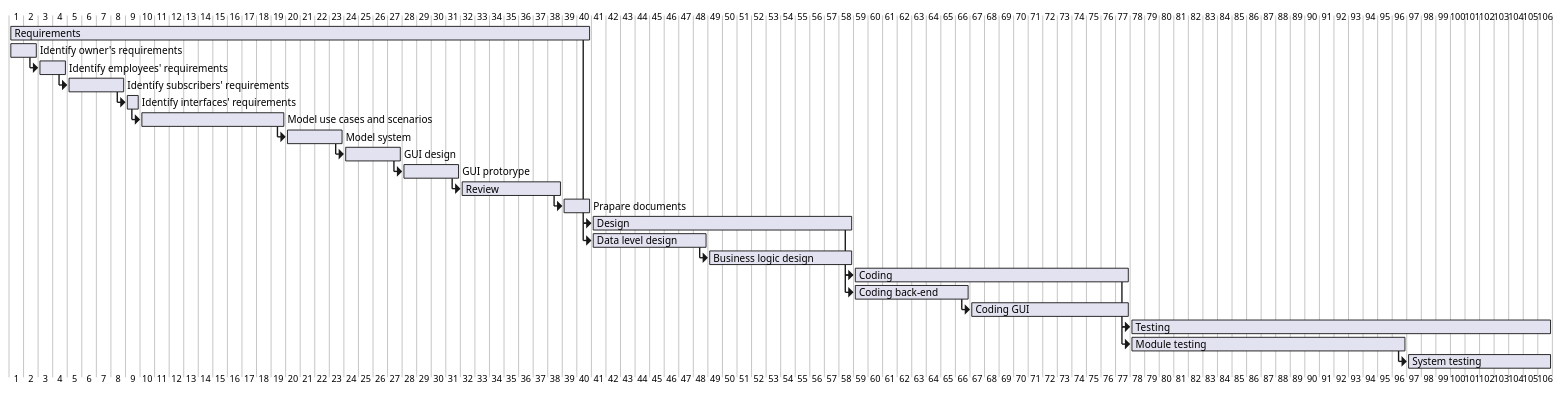
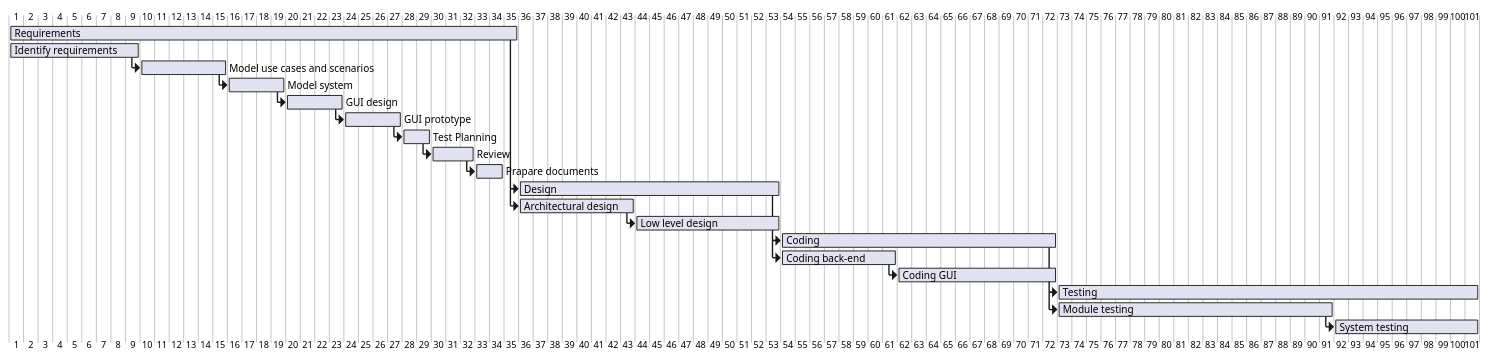
The diagram in Deliverables/Estimation.md (nicolabattaglino/ezshop), drawn with PlantUML before and after one commit. The commit also changed other lines of this file, not shown here.

Commit message:
updated gantt chart

````diff
--- a/Deliverables/Estimation.md
+++ b/Deliverables/Estimation.md
@@ -101,30 +102,28 @@
 ```plantuml
 @startgantt
-[Requirements] lasts 40 days
-[Identify owner's requirements] lasts 2 days
-then [Identify employees' requirements] lasts 2 days
-then [Identify subscribers' requirements] lasts 4 days
-then [Identify interfaces' requirements] lasts 1 day
-then [Model use cases and scenarios] lasts 10 days
+[Requirements] lasts 35 days
+[Identify requirements] lasts 9 days
+then [Model use cases and scenarios] lasts 6 days
 then [Model system] lasts 4 days
 then [GUI design] lasts 4 days
-then [GUI protorype] lasts 4 days
-then [Review] lasts 7 days
+then [GUI prototype] lasts 4 days
+then [Test Planning] lasts 2 days
+then [Review] lasts 3 days
 then [Prapare documents] lasts 2 day
 [Design] lasts 18 days
 [Design] starts at [Requirements]'s end
-[Data level design] lasts 8 day
-[Data level design] starts at [Design]'s start
-then [Business logic design] lasts 10 days
+[Architectural design] lasts 8 day
+[Architectural design] starts at [Design]'s start
+then [Low level design] lasts 10 days
 [Coding] lasts 19 days
 [Coding] starts at [Design]'s end
 [Coding back-end] lasts 8 days
 [Coding back-end] starts at [Coding]'s start
 then [Coding GUI] lasts 11 days
 [Testing] lasts 29 days
 [Testing] starts at [Coding]'s end
 [Module testing] lasts 19 days
 [Module testing] starts at [Testing]'s start
 then [System testing] lasts 10 days
 @endgantt
 ```
````
